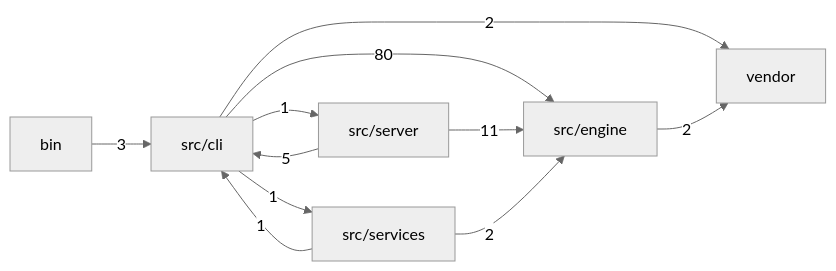
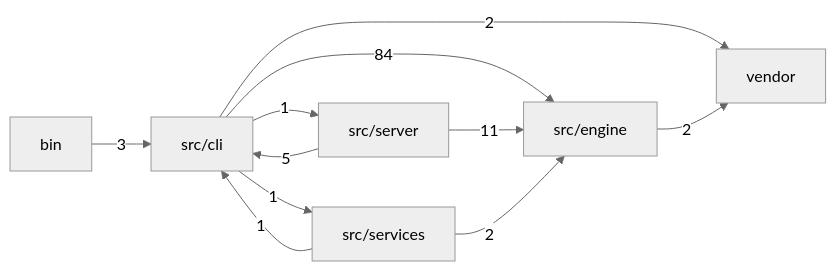
The first of 2 diagrams in docs/MODULES.md (mgillr/memev), drawn with Mermaid (neutral theme) before and after one commit. The commit also changed other lines of this file and 8 other files, not shown here.

````diff
--- a/docs/MODULES.md
+++ b/docs/MODULES.md
@@ -11,19 +11,19 @@
 ```mermaid
 flowchart LR
   bin["bin"]
   cli["src/cli"]
   engine["src/engine"]
   server["src/server"]
   services["src/services"]
   vendor["vendor"]
   bin -->|"3"| cli
-  cli -->|"80"| engine
+  cli -->|"84"| engine
   cli -->|"1"| server
   cli -->|"1"| services
   cli -->|"2"| vendor
   engine -->|"2"| vendor
   server -->|"5"| cli
   server -->|"11"| engine
   services -->|"1"| cli
   services -->|"2"| engine
 ```
````
